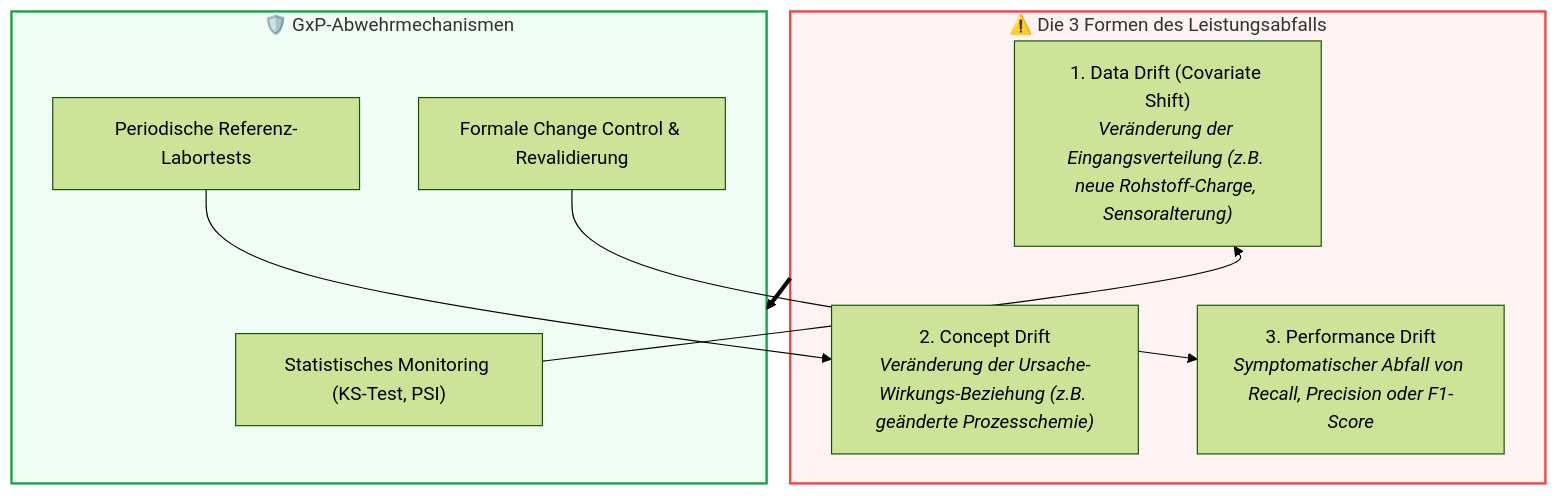
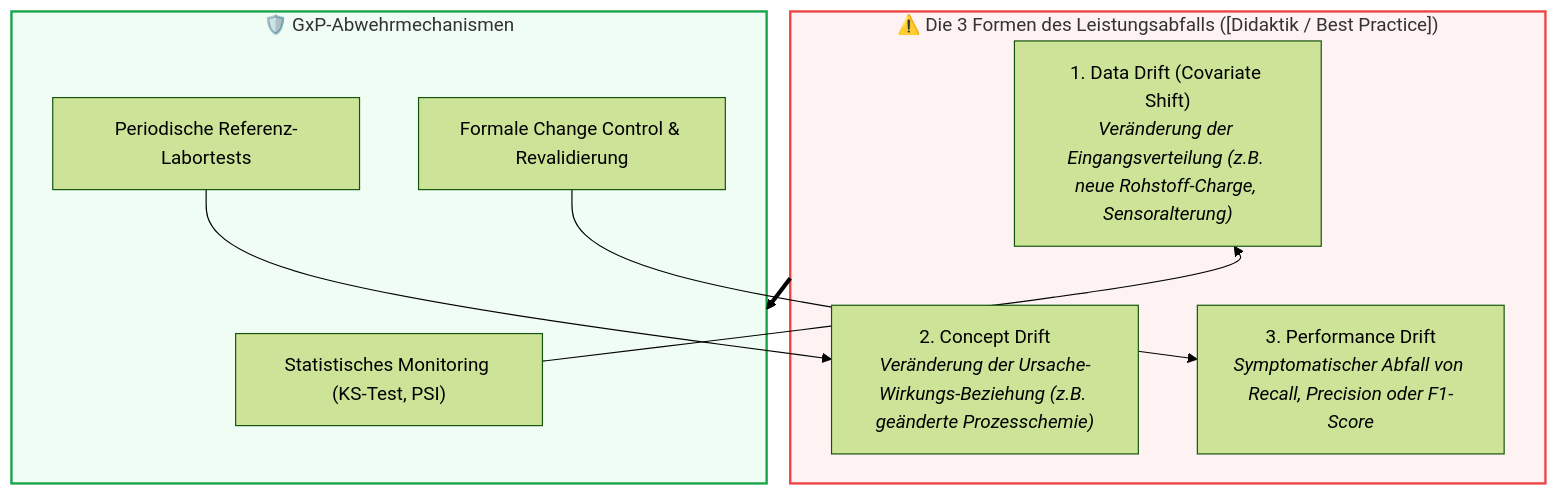
Before and after one commit to Lunaman06/Annex22: the diagram in docs/de/module_11_lifecycle_continuous_monitoring.md, drawn with Mermaid (forest theme). The commit also changed other lines of this file and 5 other files, not shown here.

Commit message:
docs(de): auditiere und ergänze [Didaktik]- und [Best Practice]-Tags für Block-E-Konzepte

````diff
--- a/docs/de/module_11_lifecycle_continuous_monitoring.md
+++ b/docs/de/module_11_lifecycle_continuous_monitoring.md
@@ -22,19 +22,19 @@
 ```mermaid
 flowchart TD
-    subgraph DriftTypes["⚠️ Die 3 Formen des Leistungsabfalls"]
+    subgraph DriftTypes["⚠️ Die 3 Formen des Leistungsabfalls ([Didaktik / Best Practice])"]
         D1["1. Data Drift (Covariate Shift)<br/><i>Veränderung der Eingangsverteilung (z.B. neue Rohstoff-Charge, Sensoralterung)</i>"]
         D2["2. Concept Drift<br/><i>Veränderung der Ursache-Wirkungs-Beziehung (z.B. geänderte Prozesschemie)</i>"]
         D3["3. Performance Drift<br/><i>Symptomatischer Abfall von Recall, Precision oder F1-Score</i>"]
     end
 
     subgraph Defense["🛡️ GxP-Abwehrmechanismen"]
         C1["Statistisches Monitoring (KS-Test, PSI)"] --> D1
         C2["Periodische Referenz-Labortests"] --> D2
         C3["Formale Change Control & Revalidierung"] --> D3
     end
 
     DriftTypes ==> Defense
 
     style DriftTypes fill:#fef2f2,stroke:#ef4444,stroke-width:2px
     style Defense fill:#f0fdf4,stroke:#16a34a,stroke-width:2px
 ```
````
